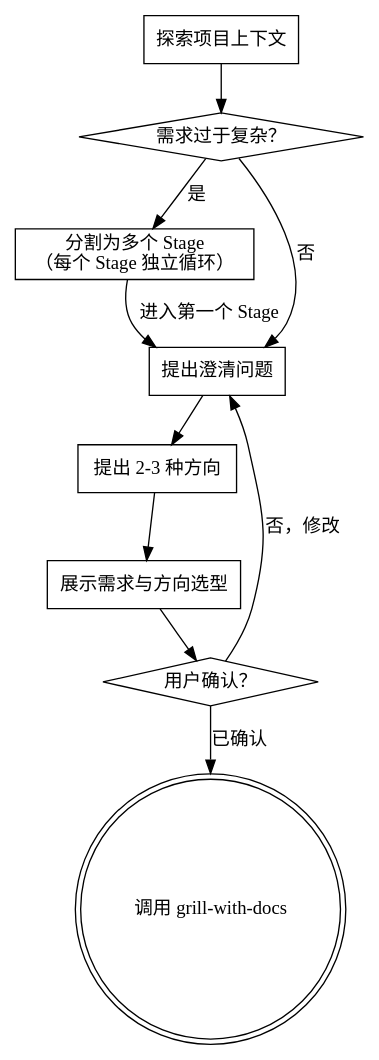
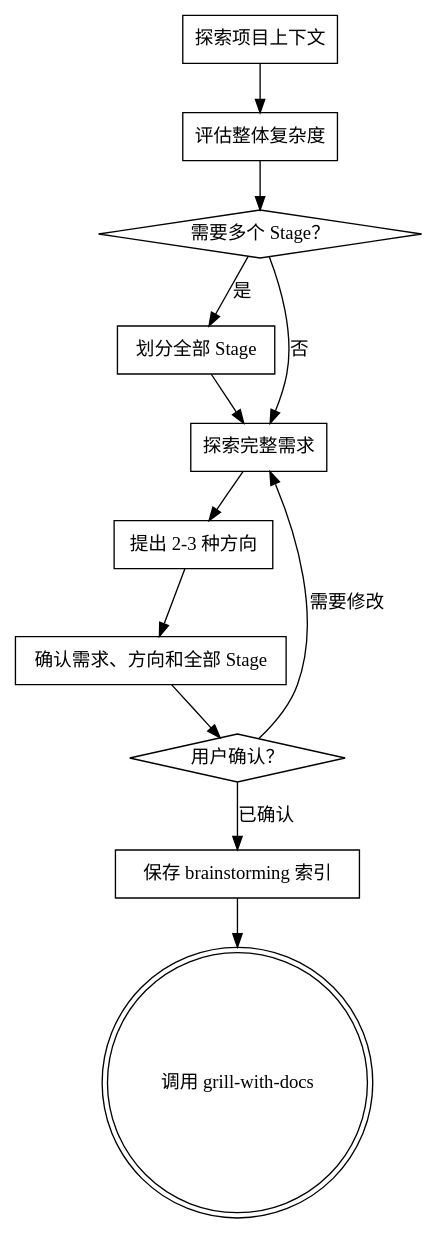
Before and after one commit to DawnMoon1542/agents-skills: the diagram in workflow/brainstorming/SKILL.md, drawn with Graphviz. The commit also changed other lines of this file and 14 other files, not shown here.

````diff
--- a/workflow/brainstorming/SKILL.md
+++ b/workflow/brainstorming/SKILL.md
@@ -41,22 +24,26 @@
 ```dot
 digraph brainstorming {
     "探索项目上下文" [shape=box];
-    "需求过于复杂？" [shape=diamond];
-    "分割为多个 Stage\n（每个 Stage 独立循环）" [shape=box];
-    "提出澄清问题" [shape=box];
+    "评估整体复杂度" [shape=box];
+    "需要多个 Stage？" [shape=diamond];
+    "划分全部 Stage" [shape=box];
+    "探索完整需求" [shape=box];
     "提出 2-3 种方向" [shape=box];
-    "展示需求与方向选型" [shape=box];
+    "确认需求、方向和全部 Stage" [shape=box];
     "用户确认？" [shape=diamond];
+    "保存 brainstorming 索引" [shape=box];
     "调用 grill-with-docs" [shape=doublecircle];
 
-    "探索项目上下文" -> "需求过于复杂？";
-    "需求过于复杂？" -> "分割为多个 Stage\n（每个 Stage 独立循环）" [label="是"];
-    "需求过于复杂？" -> "提出澄清问题" [label="否"];
-    "分割为多个 Stage\n（每个 Stage 独立循环）" -> "提出澄清问题" [label="进入第一个 Stage"];
-    "提出澄清问题" -> "提出 2-3 种方向";
-    "提出 2-3 种方向" -> "展示需求与方向选型";
-    "展示需求与方向选型" -> "用户确认？";
-    "用户确认？" -> "提出澄清问题" [label="否，修改"];
-    "用户确认？" -> "调用 grill-with-docs" [label="已确认"];
+    "探索项目上下文" -> "评估整体复杂度";
+    "评估整体复杂度" -> "需要多个 Stage？";
+    "需要多个 Stage？" -> "划分全部 Stage" [label="是"];
+    "需要多个 Stage？" -> "探索完整需求" [label="否"];
+    "划分全部 Stage" -> "探索完整需求";
+    "探索完整需求" -> "提出 2-3 种方向";
+    "提出 2-3 种方向" -> "确认需求、方向和全部 Stage";
+    "确认需求、方向和全部 Stage" -> "用户确认？";
+    "用户确认？" -> "探索完整需求" [label="需要修改"];
+    "用户确认？" -> "保存 brainstorming 索引" [label="已确认"];
+    "保存 brainstorming 索引" -> "调用 grill-with-docs";
 }
 ```
````
